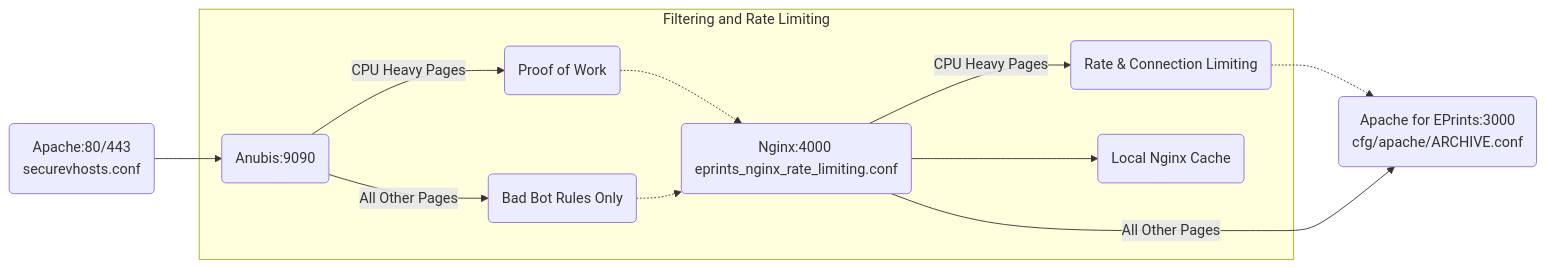
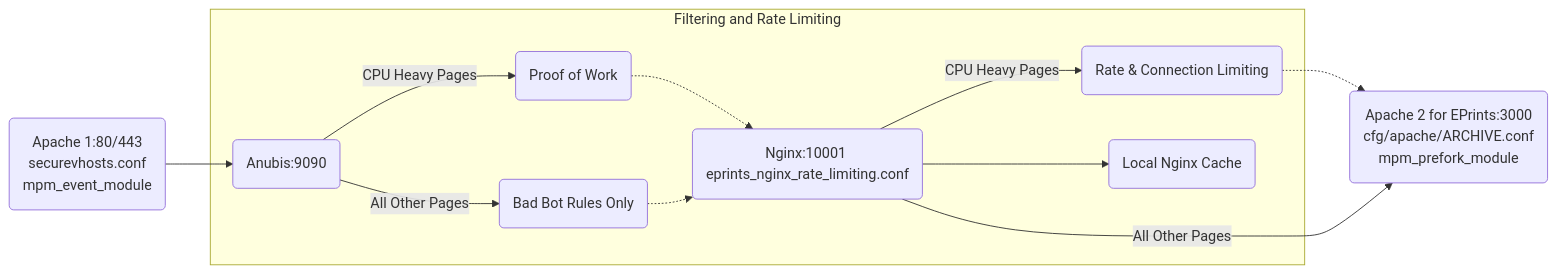
One commit to eprints/BEVIS changed the first of 2 diagrams in README.md. Above: the diagram before and after it, drawn with Mermaid. The commit also changed other lines of this file and 19 other files, not shown here.

Commit message:
changed to port 10001 to make easier for selinux. working "clear cache" admin button. various experiments to try and work around occasional eprints segfault - final solution is two instances of apache, hence new systemd and conf files

````diff
--- a/README.md
+++ b/README.md
@@ -81,31 +82,31 @@
 ```mermaid
 flowchart LR
    
-   TCP(Apache:80/443\nsecurevhosts.conf)
-   EPR(Apache for EPrints:3000\ncfg/apache/ARCHIVE.conf)
+   TCP(Apache 1:80/443\nsecurevhosts.conf\nmpm_event_module)
+   EPR(Apache 2 for EPrints:3000\ncfg/apache/ARCHIVE.conf\n mpm_prefork_module)
    
 
    subgraph Filtering and Rate Limiting
       ANU(Anubis:9090)
       PROOF(Proof of Work)
       BAD(Bad Bot Rules Only)
       RATE(Rate & Connection Limiting)
-      NGX(Nginx:4000 \neprints_nginx_rate_limiting.conf)
+      NGX(Nginx:10001 \neprints_nginx_rate_limiting.conf)
       CACHE(Local Nginx Cache)
       
    end
 
    
    TCP -->  ANU
    ANU --> | CPU Heavy Pages | PROOF
    PROOF -.-> NGX
    ANU --> | All Other Pages | BAD
    BAD -.-> NGX
    NGX --> | CPU Heavy Pages | RATE
    NGX --> CACHE
    
    
    RATE -.->  EPR
    NGX --> | All Other Pages | EPR
    
 ```
````
